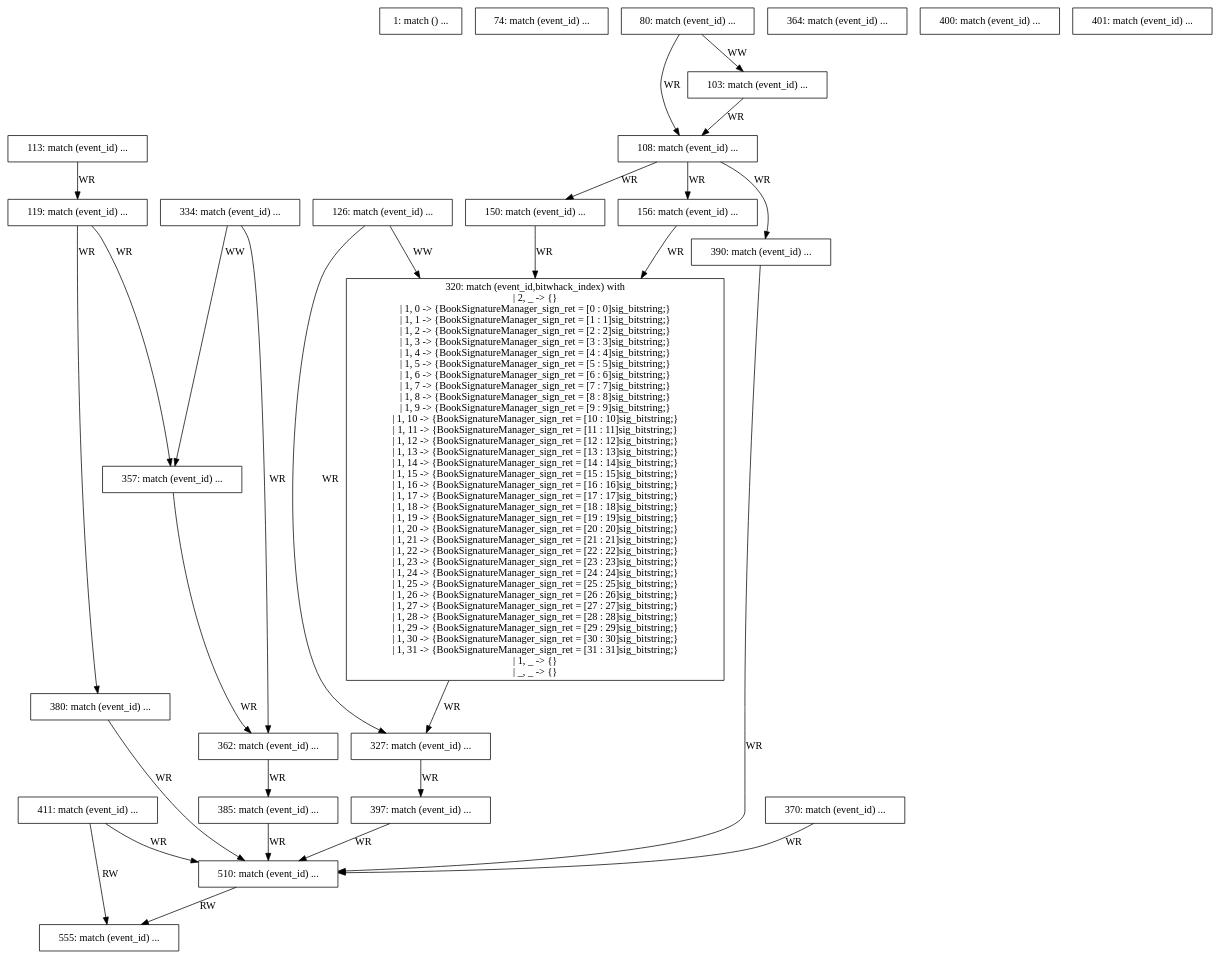
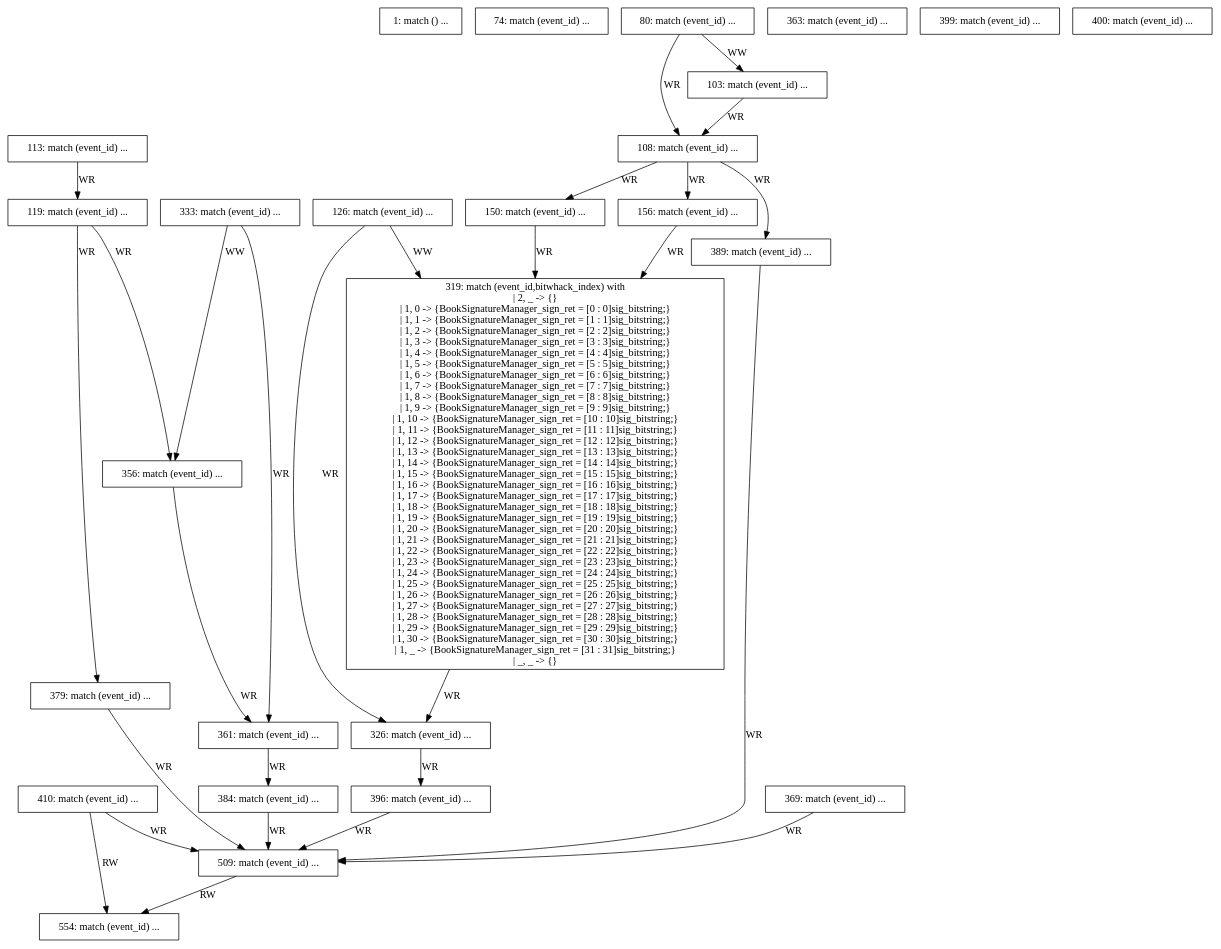
One commit to PrincetonUniversity/tango-routing changed the diagram in target-stress/logs/graphs/dfg.dot. Above: the diagram before and after it, drawn with Graphviz. The commit also changed 11 other files, not shown here.

```diff
--- a/target-stress/logs/graphs/dfg.dot
+++ b/target-stress/logs/graphs/dfg.dot
@@ -19,7 +19,7 @@
 " [shape=box, ];
   "156: match (event_id) ...
 " [shape=box, ];
-  "320: match (event_id,bitwhack_index) with
+  "319: match (event_id,bitwhack_index) with
 | 2, _ -> {}
 | 1, 0 -> {BookSignatureManager_sign_ret = [0 : 0]sig_bitstring;}
 | 1, 1 -> {BookSignatureManager_sign_ret = [1 : 1]sig_bitstring;}
@@ -52,39 +52,38 @@
 | 1, 28 -> {BookSignatureManager_sign_ret = [28 : 28]sig_bitstring;}
 | 1, 29 -> {BookSignatureManager_sign_ret = [29 : 29]sig_bitstring;}
 | 1, 30 -> {BookSignatureManager_sign_ret = [30 : 30]sig_bitstring;}
-| 1, 31 -> {BookSignatureManager_sign_ret = [31 : 31]sig_bitstring;}
-| 1, _ -> {}
+| 1, _ -> {BookSignatureManager_sign_ret = [31 : 31]sig_bitstring;}
 | _, _ -> {}" [
   shape=box, ];
-  "327: match (event_id) ...
+  "326: match (event_id) ...
 " [shape=box, ];
-  "334: match (event_id) ...
+  "333: match (event_id) ...
 " [shape=box, ];
-  "357: match (event_id) ...
+  "356: match (event_id) ...
 " [shape=box, ];
-  "362: match (event_id) ...
+  "361: match (event_id) ...
 " [shape=box, ];
-  "364: match (event_id) ...
+  "363: match (event_id) ...
 " [shape=box, ];
-  "370: match (event_id) ...
+  "369: match (event_id) ...
 " [shape=box, ];
-  "380: match (event_id) ...
+  "379: match (event_id) ...
 " [shape=box, ];
-  "385: match (event_id) ...
+  "384: match (event_id) ...
 " [shape=box, ];
-  "390: match (event_id) ...
+  "389: match (event_id) ...
 " [shape=box, ];
-  "397: match (event_id) ...
+  "396: match (event_id) ...
+" [shape=box, ];
+  "399: match (event_id) ...
 " [shape=box, ];
   "400: match (event_id) ...
 " [shape=box, ];
-  "401: match (event_id) ...
+  "410: match (event_id) ...
 " [shape=box, ];
-  "411: match (event_id) ...
+  "509: match (event_id) ...
 " [shape=box, ];
-  "510: match (event_id) ...
-" [shape=box, ];
-  "555: match (event_id) ...
+  "554: match (event_id) ...
 " [shape=box, ];
   
   
@@ -104,19 +103,19 @@
 " -> "156: match (event_id) ...
 " [label="WR", ];
   "108: match (event_id) ...
-" -> "390: match (event_id) ...
+" -> "389: match (event_id) ...
 " [label="WR", ];
   "113: match (event_id) ...
 " -> "119: match (event_id) ...
 " [label="WR", ];
   "119: match (event_id) ...
-" -> "357: match (event_id) ...
+" -> "356: match (event_id) ...
 " [label="WR", ];
   "119: match (event_id) ...
-" -> "380: match (event_id) ...
+" -> "379: match (event_id) ...
 " [label="WR", ];
   "126: match (event_id) ...
-" -> "320: match (event_id,bitwhack_index) with
+" -> "319: match (event_id,bitwhack_index) with
 | 2, _ -> {}
 | 1, 0 -> {BookSignatureManager_sign_ret = [0 : 0]sig_bitstring;}
 | 1, 1 -> {BookSignatureManager_sign_ret = [1 : 1]sig_bitstring;}
@@ -149,15 +148,14 @@
 | 1, 28 -> {BookSignatureManager_sign_ret = [28 : 28]sig_bitstring;}
 | 1, 29 -> {BookSignatureManager_sign_ret = [29 : 29]sig_bitstring;}
 | 1, 30 -> {BookSignatureManager_sign_ret = [30 : 30]sig_bitstring;}
-| 1, 31 -> {BookSignatureManager_sign_ret = [31 : 31]sig_bitstring;}
-| 1, _ -> {}
+| 1, _ -> {BookSignatureManager_sign_ret = [31 : 31]sig_bitstring;}
 | _, _ -> {}" [
   label="WW", ];
   "126: match (event_id) ...
-" -> "327: match (event_id) ...
+" -> "326: match (event_id) ...
 " [label="WR", ];
   "150: match (event_id) ...
-" -> "320: match (event_id,bitwhack_index) with
+" -> "319: match (event_id,bitwhack_index) with
 | 2, _ -> {}
 | 1, 0 -> {BookSignatureManager_sign_ret = [0 : 0]sig_bitstring;}
 | 1, 1 -> {BookSignatureManager_sign_ret = [1 : 1]sig_bitstring;}
@@ -190,12 +188,11 @@
 | 1, 28 -> {BookSignatureManager_sign_ret = [28 : 28]sig_bitstring;}
 | 1, 29 -> {BookSignatureManager_sign_ret = [29 : 29]sig_bitstring;}
 | 1, 30 -> {BookSignatureManager_sign_ret = [30 : 30]sig_bitstring;}
-| 1, 31 -> {BookSignatureManager_sign_ret = [31 : 31]sig_bitstring;}
-| 1, _ -> {}
+| 1, _ -> {BookSignatureManager_sign_ret = [31 : 31]sig_bitstring;}
 | _, _ -> {}" [
   label="WR", ];
   "156: match (event_id) ...
-" -> "320: match (event_id,bitwhack_index) with
+" -> "319: match (event_id,bitwhack_index) with
 | 2, _ -> {}
 | 1, 0 -> {BookSignatureManager_sign_ret = [0 : 0]sig_bitstring;}
 | 1, 1 -> {BookSignatureManager_sign_ret = [1 : 1]sig_bitstring;}
@@ -228,11 +225,10 @@
 | 1, 28 -> {BookSignatureManager_sign_ret = [28 : 28]sig_bitstring;}
 | 1, 29 -> {BookSignatureManager_sign_ret = [29 : 29]sig_bitstring;}
 | 1, 30 -> {BookSignatureManager_sign_ret = [30 : 30]sig_bitstring;}
-| 1, 31 -> {BookSignatureManager_sign_ret = [31 : 31]sig_bitstring;}
-| 1, _ -> {}
+| 1, _ -> {BookSignatureManager_sign_ret = [31 : 31]sig_bitstring;}
 | _, _ -> {}" [
   label="WR", ];
-  "320: match (event_id,bitwhack_index) with
+  "319: match (event_id,bitwhack_index) with
 | 2, _ -> {}
 | 1, 0 -> {BookSignatureManager_sign_ret = [0 : 0]sig_bitstring;}
 | 1, 1 -> {BookSignatureManager_sign_ret = [1 : 1]sig_bitstring;}
@@ -265,49 +261,48 @@
 | 1, 28 -> {BookSignatureManager_sign_ret = [28 : 28]sig_bitstring;}
 | 1, 29 -> {BookSignatureManager_sign_ret = [29 : 29]sig_bitstring;}
 | 1, 30 -> {BookSignatureManager_sign_ret = [30 : 30]sig_bitstring;}
-| 1, 31 -> {BookSignatureManager_sign_ret = [31 : 31]sig_bitstring;}
-| 1, _ -> {}
-| _, _ -> {}" -> "327: match (event_id) ...
+| 1, _ -> {BookSignatureManager_sign_ret = [31 : 31]sig_bitstring;}
+| _, _ -> {}" -> "326: match (event_id) ...
 " [
   label="WR", ];
-  "327: match (event_id) ...
-" -> "397: match (event_id) ...
+  "326: match (event_id) ...
+" -> "396: match (event_id) ...
 " [label="WR", ];
-  "334: match (event_id) ...
-" -> "357: match (event_id) ...
+  "333: match (event_id) ...
+" -> "356: match (event_id) ...
 " [label="WW", ];
-  "334: match (event_id) ...
-" -> "362: match (event_id) ...
+  "333: match (event_id) ...
+" -> "361: match (event_id) ...
 " [label="WR", ];
-  "357: match (event_id) ...
-" -> "362: match (event_id) ...
+  "356: match (event_id) ...
+" -> "361: match (event_id) ...
 " [label="WR", ];
-  "362: match (event_id) ...
-" -> "385: match (event_id) ...
+  "361: match (event_id) ...
+" -> "384: match (event_id) ...
 " [label="WR", ];
-  "370: match (event_id) ...
-" -> "510: match (event_id) ...
+  "369: match (event_id) ...
+" -> "509: match (event_id) ...
 " [label="WR", ];
-  "380: match (event_id) ...
-" -> "510: match (event_id) ...
+  "379: match (event_id) ...
+" -> "509: match (event_id) ...
 " [label="WR", ];
-  "385: match (event_id) ...
-" -> "510: match (event_id) ...
+  "384: match (event_id) ...
+" -> "509: match (event_id) ...
 " [label="WR", ];
-  "390: match (event_id) ...
-" -> "510: match (event_id) ...
+  "389: match (event_id) ...
+" -> "509: match (event_id) ...
 " [label="WR", ];
-  "397: match (event_id) ...
-" -> "510: match (event_id) ...
+  "396: match (event_id) ...
+" -> "509: match (event_id) ...
 " [label="WR", ];
-  "411: match (event_id) ...
-" -> "510: match (event_id) ...
+  "410: match (event_id) ...
+" -> "509: match (event_id) ...
 " [label="WR", ];
-  "411: match (event_id) ...
-" -> "555: match (event_id) ...
+  "410: match (event_id) ...
+" -> "554: match (event_id) ...
 " [label="RW", ];
-  "510: match (event_id) ...
-" -> "555: match (event_id) ...
+  "509: match (event_id) ...
+" -> "554: match (event_id) ...
 " [label="RW", ];
   
   }
```
